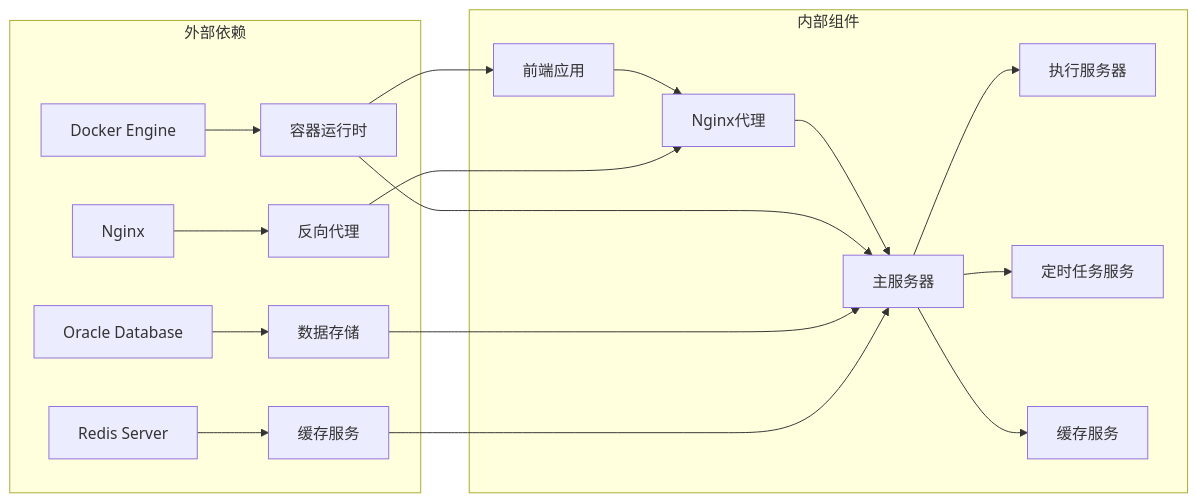
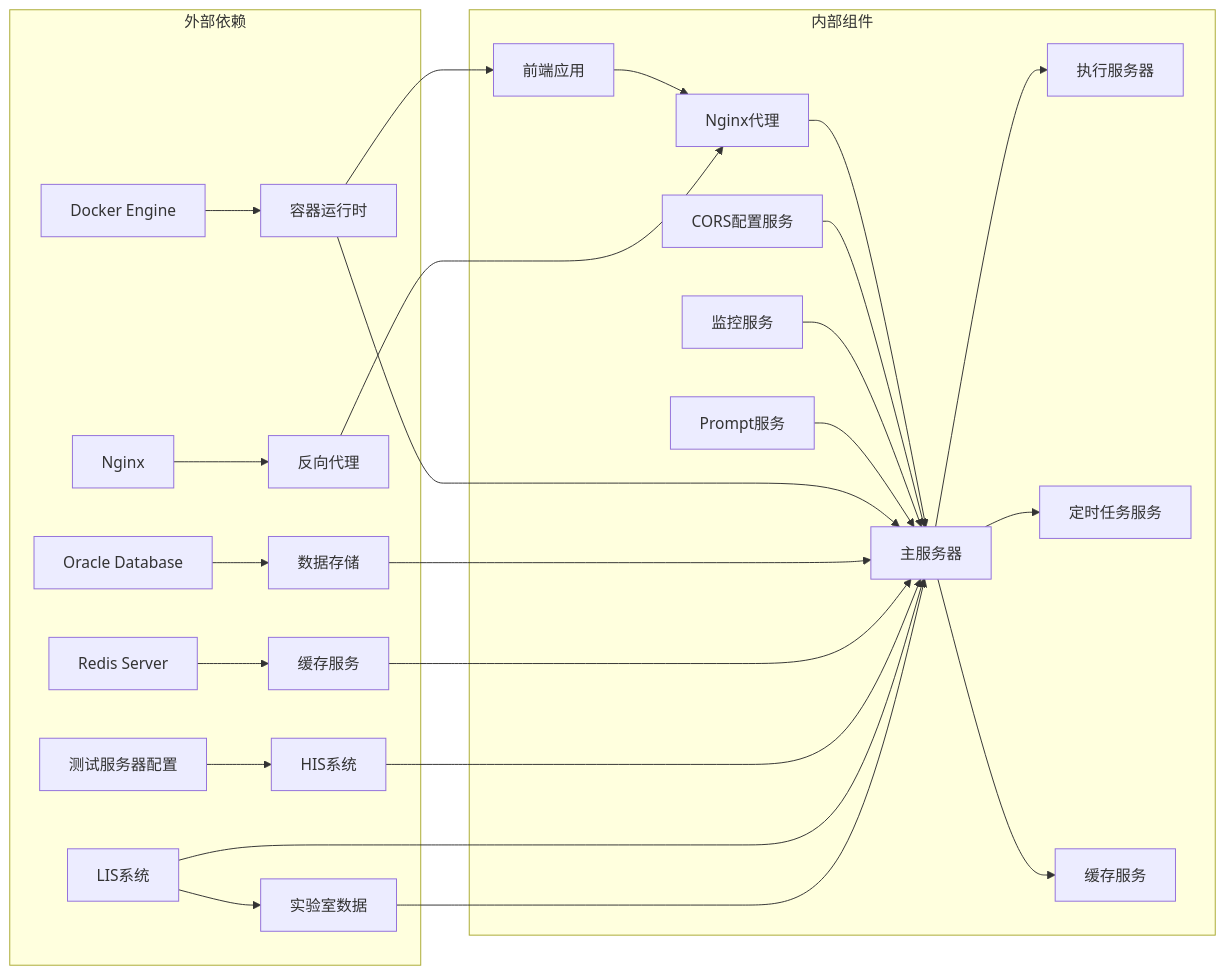
One commit to liuzh2008/med_ai_assistant_workspace changed the seventh of 7 diagrams in .qoder/repowiki/zh/content/部署指南/测试服务器部署指南.md. Above: the diagram before and after it, drawn with Mermaid. The commit also changed other lines of this file and 3 other files, not shown here.

````diff
--- a/.qoder/repowiki/zh/content/部署指南/测试服务器部署指南.md
+++ b/.qoder/repowiki/zh/content/部署指南/测试服务器部署指南.md
@@ -273,21 +348,29 @@
 ```mermaid
 graph LR
 subgraph "外部依赖"
 A[Docker Engine] --> B[容器运行时]
 C[Oracle Database] --> D[数据存储]
 E[Redis Server] --> F[缓存服务]
 G[Nginx] --> H[反向代理]
+I[测试服务器配置] --> J[HIS系统]
+K[LIS系统] --> L[实验室数据]
 end
 subgraph "内部组件"
-I[主服务器] --> J[执行服务器]
-I --> K[定时任务服务]
-I --> L[缓存服务]
-M[前端应用] --> N[Nginx代理]
-N --> I
+M[主服务器] --> N[执行服务器]
+M --> O[定时任务服务]
+M --> P[缓存服务]
+Q[前端应用] --> R[Nginx代理]
+R --> M
+S[CORS配置服务] --> M
+T[监控服务] --> M
+U[Prompt服务] --> M
 end
-B --> I
 B --> M
-D --> I
-F --> I
-H --> N
+B --> Q
+D --> M
+F --> M
+H --> R
+J --> M
+K --> M
+L --> M
 ```
````
